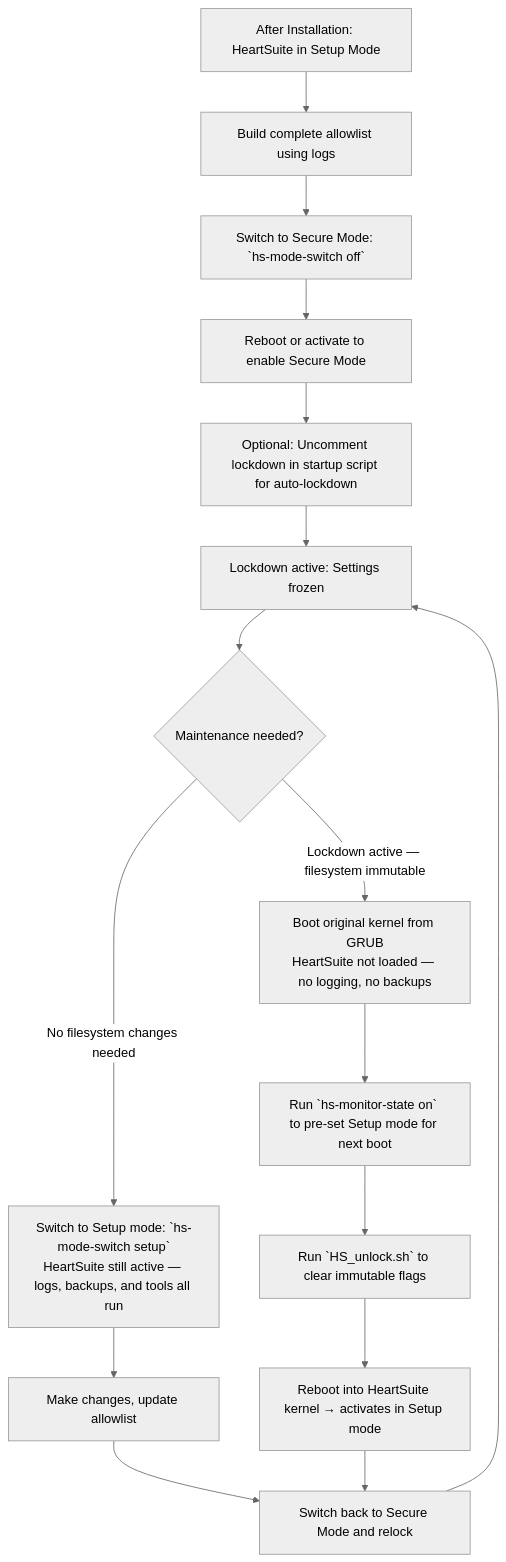
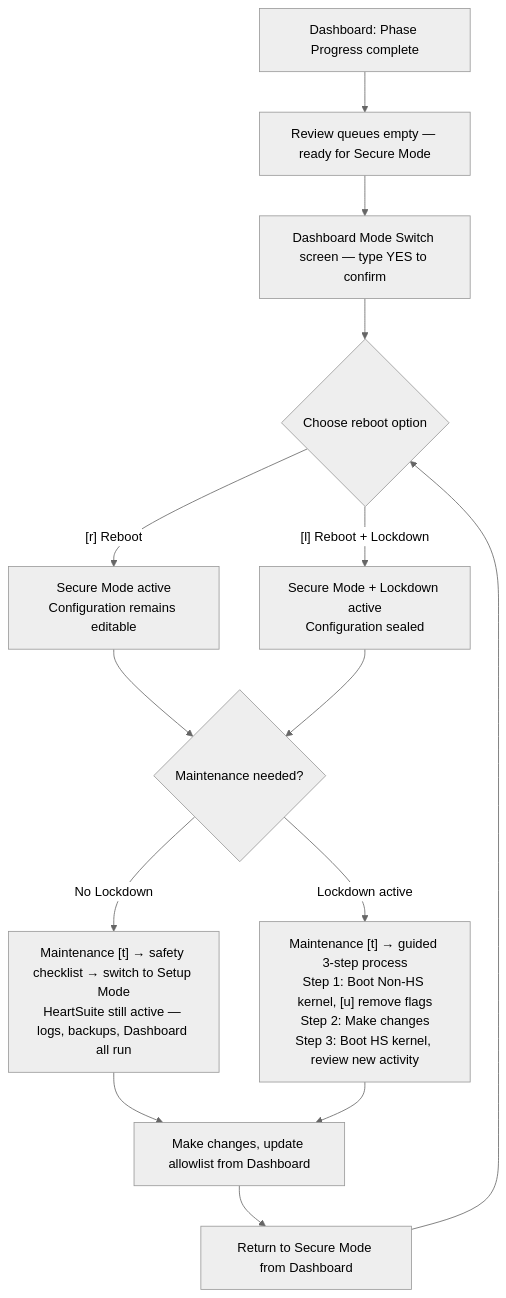
Before and after one commit to HeartSecuritySuite/heartsuite-docs: the diagram in content/en/docs/mode-switching/index.md, drawn with Mermaid (neutral theme). The commit also changed other lines of this file and 44 other files, not shown here.

````diff
--- a/content/en/docs/mode-switching/index.md
+++ b/content/en/docs/mode-switching/index.md
@@ -39,18 +52,16 @@
 ```mermaid
 graph TD
-    A["After Installation: HeartSuite in Setup Mode"] --> B[Build complete allowlist using logs];
-    B --> C["Switch to Secure Mode: `hs-mode-switch off`"];
-    C --> D[Reboot or activate to enable Secure Mode];
-    D --> E["Optional: Uncomment lockdown in startup script for auto-lockdown"];
-    E --> F["Lockdown active: Settings frozen"];
-    F --> G{Maintenance needed?};
-    G --> |"No filesystem changes needed"| H["Switch to Setup mode: `hs-mode-switch setup`\nHeartSuite still active — logs, backups, and tools all run"];
-    G --> |"Lockdown active — filesystem immutable"| I["Boot original kernel from GRUB\nHeartSuite not loaded — no logging, no backups"];
-    H --> J["Make changes, update allowlist"];
-    I --> K["Run `hs-monitor-state on` to pre-set Setup mode for next boot"];
-    K --> L["Run `HS_unlock.sh` to clear immutable flags"];
-    L --> M["Reboot into HeartSuite kernel → activates in Setup mode"];
-    J --> N[Switch back to Secure Mode and relock];
-    M --> N;
-    N --> F;
+    A["Dashboard: Phase Progress complete"] --> B["Review queues empty — ready for Secure Mode"];
+    B --> C["Dashboard Mode Switch screen — type YES to confirm"];
+    C --> D{"Choose reboot option"};
+    D --> |"[r] Reboot"| E["Secure Mode active\nConfiguration remains editable"];
+    D --> |"[l] Reboot + Lockdown"| F["Secure Mode + Lockdown active\nConfiguration sealed"];
+    E --> G{Maintenance needed?};
+    F --> G;
+    G --> |"No Lockdown"| H["Maintenance [t] → safety checklist → switch to Setup Mode\nHeartSuite still active — logs, backups, Dashboard all run"];
+    G --> |"Lockdown active"| I["Maintenance [t] → guided 3-step process\nStep 1: Boot Non-HS kernel, [u] remove flags\nStep 2: Make changes\nStep 3: Boot HS kernel, review new activity"];
+    H --> J["Make changes, update allowlist from Dashboard"];
+    I --> J;
+    J --> N["Return to Secure Mode from Dashboard"];
+    N --> D;
 ```
````
